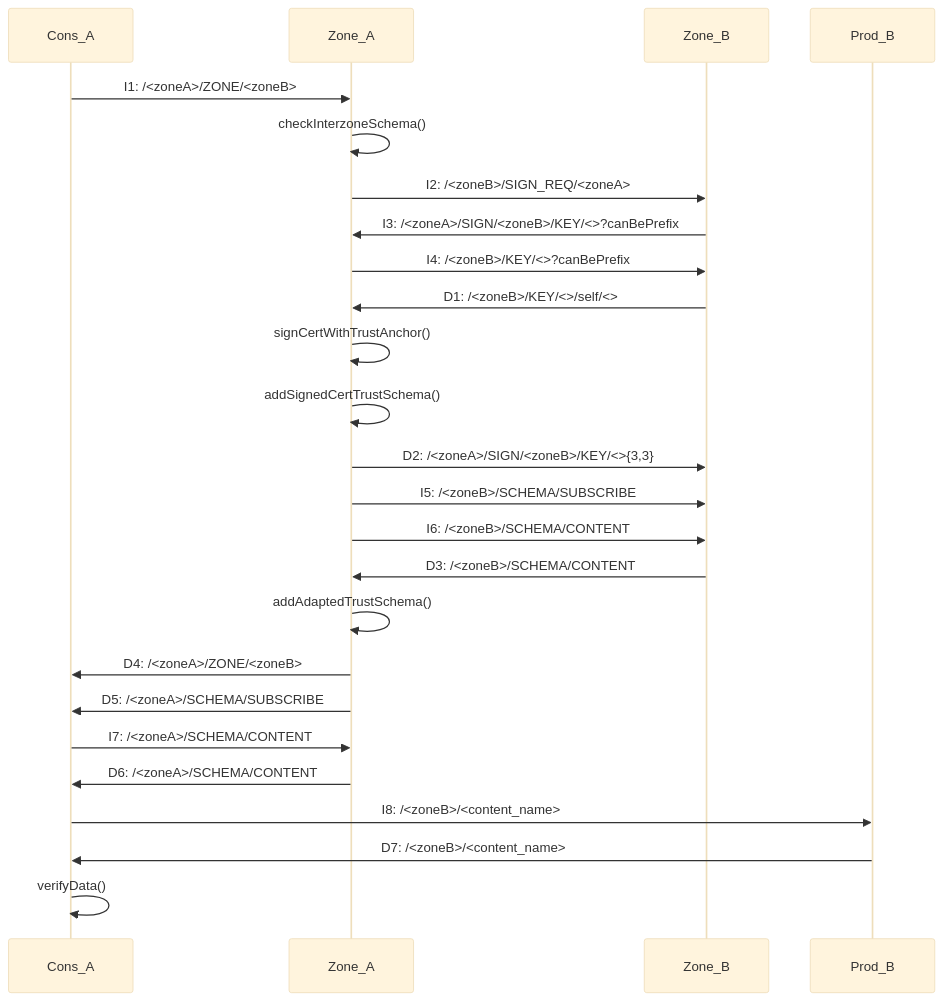
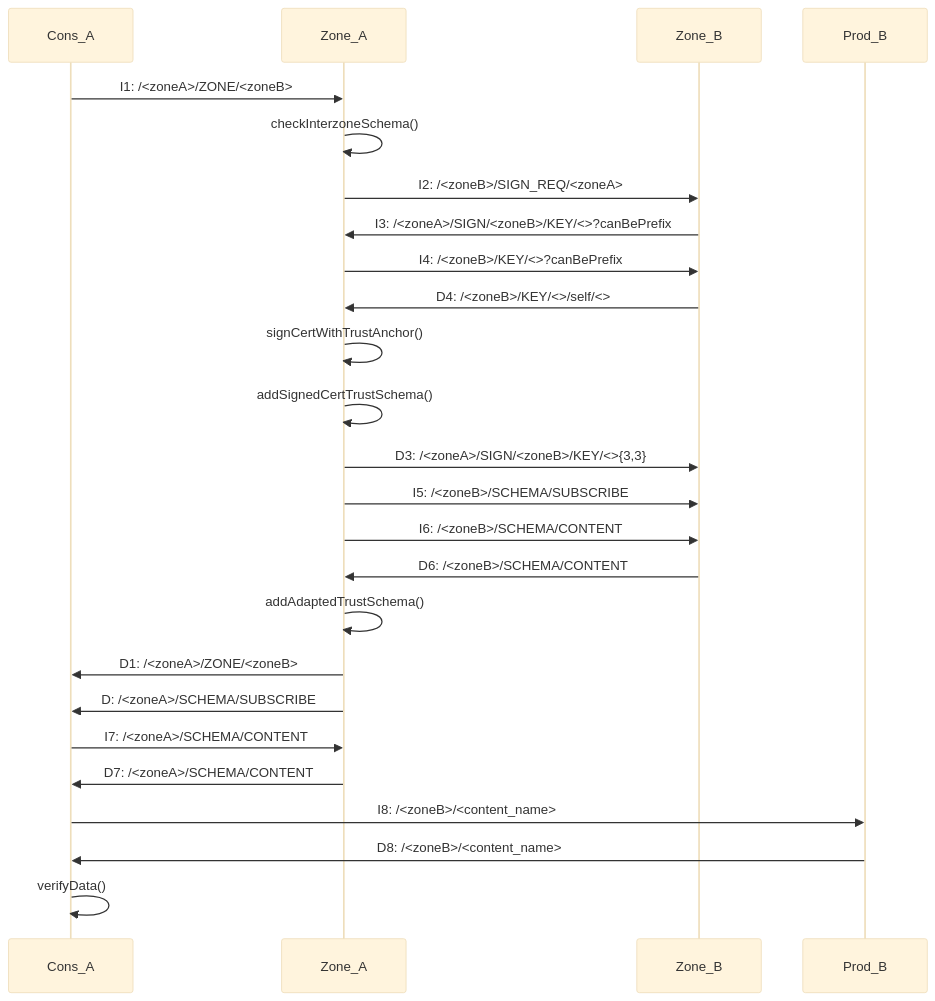
The second of 2 diagrams in README.md (andre-romano/ndn-secure-bootstrap), drawn with Mermaid (base theme) before and after one commit.

Commit message:
fixed numbering

````diff
--- a/README.md
+++ b/README.md
@@ -216,28 +216,28 @@
 ```mermaid
 sequenceDiagram
     participant Cons_A
     participant Zone_A    
     participant Zone_B
     participant Prod_B
 
     Cons_A->>Zone_A: I1: /<zoneA>/ZONE/<zoneB>
     Zone_A->>Zone_A: checkInterzoneSchema()
     Zone_A->>Zone_B: I2: /<zoneB>/SIGN_REQ/<zoneA>
     Zone_B->>Zone_A: I3: /<zoneA>/SIGN/<zoneB>/KEY/<>?canBePrefix
     Zone_A->>Zone_B: I4: /<zoneB>/KEY/<>?canBePrefix
-    Zone_B->>Zone_A: D1: /<zoneB>/KEY/<>/self/<>
+    Zone_B->>Zone_A: D4: /<zoneB>/KEY/<>/self/<>
     Zone_A->>Zone_A: signCertWithTrustAnchor()
     Zone_A->>Zone_A: addSignedCertTrustSchema()
-    Zone_A->>Zone_B: D2: /<zoneA>/SIGN/<zoneB>/KEY/<>{3,3}  
+    Zone_A->>Zone_B: D3: /<zoneA>/SIGN/<zoneB>/KEY/<>{3,3}  
     Zone_A->>Zone_B: I5: /<zoneB>/SCHEMA/SUBSCRIBE
     Zone_A->>Zone_B: I6: /<zoneB>/SCHEMA/CONTENT
-    Zone_B->>Zone_A: D3: /<zoneB>/SCHEMA/CONTENT
+    Zone_B->>Zone_A: D6: /<zoneB>/SCHEMA/CONTENT
     Zone_A->>Zone_A: addAdaptedTrustSchema()
-    Zone_A->>Cons_A: D4: /<zoneA>/ZONE/<zoneB>
-    Zone_A->>Cons_A: D5: /<zoneA>/SCHEMA/SUBSCRIBE
+    Zone_A->>Cons_A: D1: /<zoneA>/ZONE/<zoneB>
+    Zone_A->>Cons_A: D: /<zoneA>/SCHEMA/SUBSCRIBE
     Cons_A->>Zone_A: I7: /<zoneA>/SCHEMA/CONTENT
-    Zone_A->>Cons_A: D6: /<zoneA>/SCHEMA/CONTENT
+    Zone_A->>Cons_A: D7: /<zoneA>/SCHEMA/CONTENT
     Cons_A->>Prod_B: I8: /<zoneB>/<content_name>
-    Prod_B->>Cons_A: D7: /<zoneB>/<content_name>
+    Prod_B->>Cons_A: D8: /<zoneB>/<content_name>
     Cons_A->>Cons_A: verifyData()
 ```
````
